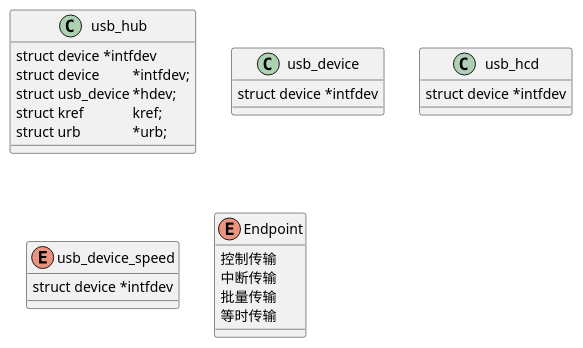
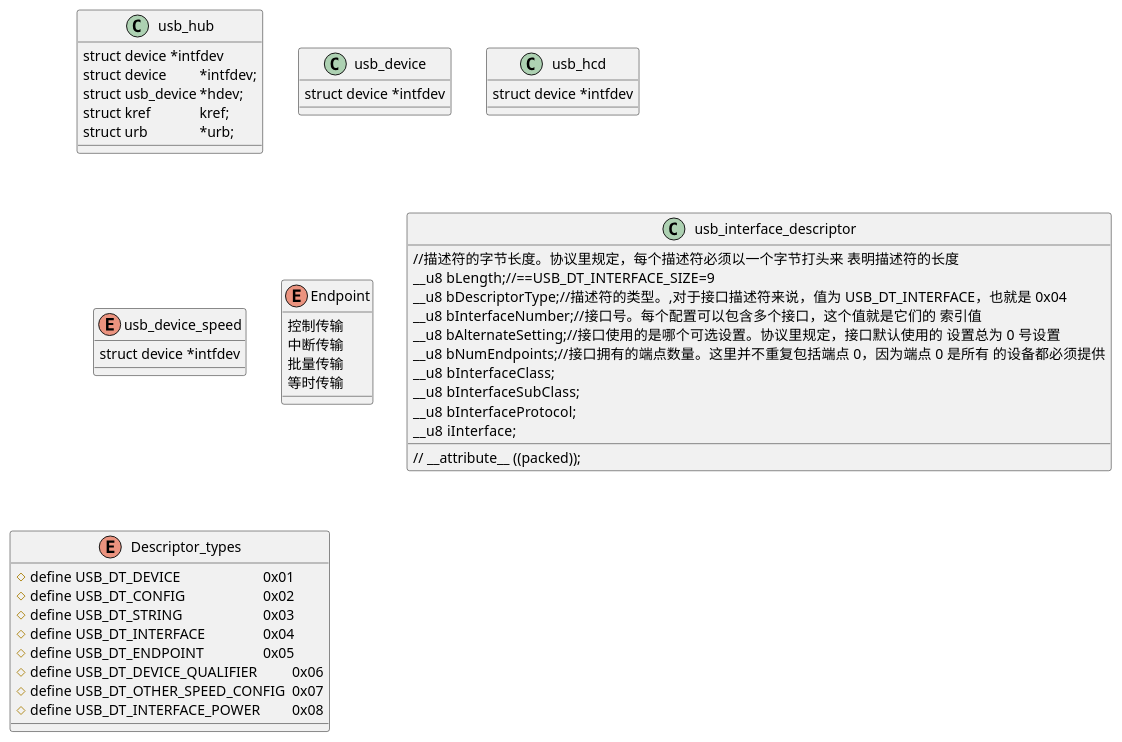
The diagram in lnx/lnx.ker/lnx.ker.drivers/lnx.ker.drivers.usb.class.puml (keyguansz/asys), drawn with PlantUML before and after one commit. The commit also changed 1 other file, not shown here.

```diff
--- a/lnx/lnx.ker/lnx.ker.drivers/lnx.ker.drivers.usb.class.puml
+++ b/lnx/lnx.ker/lnx.ker.drivers/lnx.ker.drivers.usb.class.puml
@@ -1,33 +1,54 @@
 @startuml
 
 
 class usb_hub {
     struct device *intfdev
     struct device		*intfdev;
 	struct usb_device	*hdev;
 	struct kref		kref;
 	struct urb		*urb;
 }
 
 class usb_device {
     struct device *intfdev
 
 }
 class usb_hcd {
      struct device *intfdev
 
  }
 enum usb_device_speed {
      struct device *intfdev
 
  }
  enum Endpoint {
     控制传输
     中断传输
     批量传输
     等时传输
   }
+ class usb_interface_descriptor {
+    //描述符的字节长度。协议里规定，每个描述符必须以一个字节打头来 表明描述符的长度
+  	__u8  bLength;//==USB_DT_INTERFACE_SIZE=9
+  	__u8  bDescriptorType;//描述符的类型。,对于接口描述符来说，值为 USB_DT_INTERFACE，也就是 0x04
+  	__u8  bInterfaceNumber;//接口号。每个配置可以包含多个接口，这个值就是它们的 索引值
+  	__u8  bAlternateSetting;//接口使用的是哪个可选设置。协议里规定，接口默认使用的 设置总为 0 号设置
+  	__u8  bNumEndpoints;//接口拥有的端点数量。这里并不重复包括端点 0，因为端点 0 是所有 的设备都必须提供
+  	__u8  bInterfaceClass;
+  	__u8  bInterfaceSubClass;
+  	__u8  bInterfaceProtocol;
+  	__u8  iInterface;
+  	 // __attribute__ ((packed));
+  }
 
-
-
+enum Descriptor_types{
+#define USB_DT_DEVICE			0x01
+#define USB_DT_CONFIG			0x02
+#define USB_DT_STRING			0x03
+#define USB_DT_INTERFACE		0x04
+#define USB_DT_ENDPOINT			0x05
+#define USB_DT_DEVICE_QUALIFIER		0x06
+#define USB_DT_OTHER_SPEED_CONFIG	0x07
+#define USB_DT_INTERFACE_POWER		0x08
+}
 @enduml
```
